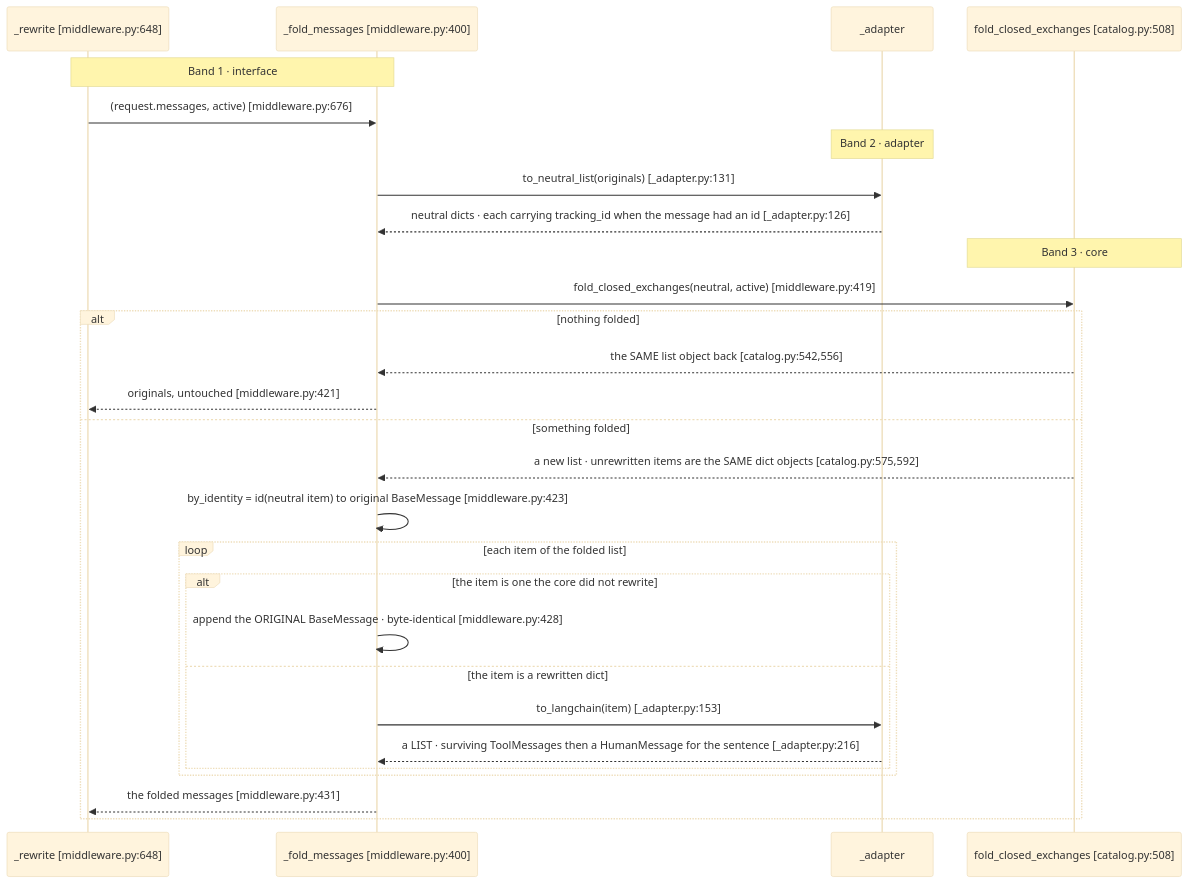
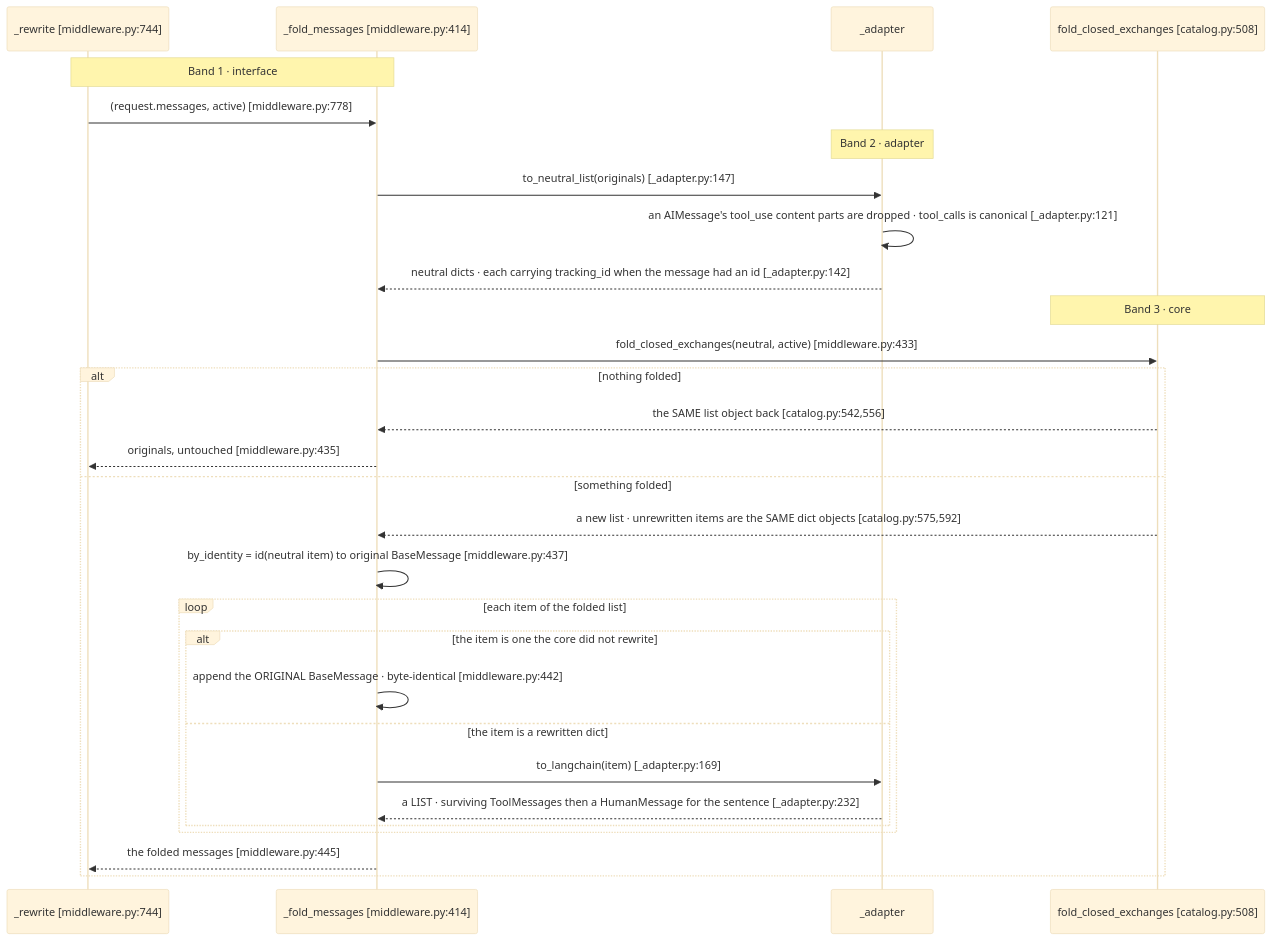
Before and after one commit to aws-samples/sample-context-engineering: the second of 7 diagrams in docs/design/sequence/langgraph/sequence-b-disclosure.md, drawn with Mermaid (base theme). The commit also changed other lines of this file and 8 other files, not shown here.

````diff
--- a/docs/design/sequence/langgraph/sequence-b-disclosure.md
+++ b/docs/design/sequence/langgraph/sequence-b-disclosure.md
@@ -302,31 +341,32 @@
 ```mermaid
 sequenceDiagram
-    participant RW as _rewrite [middleware.py:648]
-    participant FM as _fold_messages [middleware.py:400]
+    participant RW as _rewrite [middleware.py:744]
+    participant FM as _fold_messages [middleware.py:414]
     participant AD as _adapter
     participant Core as fold_closed_exchanges [catalog.py:508]
 
     Note over RW,FM: Band 1 · interface
-    RW->>FM: (request.messages, active) [middleware.py:676]
+    RW->>FM: (request.messages, active) [middleware.py:778]
     Note over AD: Band 2 · adapter
-    FM->>AD: to_neutral_list(originals) [_adapter.py:131]
-    AD-->>FM: neutral dicts · each carrying tracking_id when the message had an id [_adapter.py:126]
+    FM->>AD: to_neutral_list(originals) [_adapter.py:147]
+    AD->>AD: an AIMessage's tool_use content parts are dropped · tool_calls is canonical [_adapter.py:121]
+    AD-->>FM: neutral dicts · each carrying tracking_id when the message had an id [_adapter.py:142]
     Note over Core: Band 3 · core
-    FM->>Core: fold_closed_exchanges(neutral, active) [middleware.py:419]
+    FM->>Core: fold_closed_exchanges(neutral, active) [middleware.py:433]
     alt nothing folded
         Core-->>FM: the SAME list object back [catalog.py:542,556]
-        FM-->>RW: originals, untouched [middleware.py:421]
+        FM-->>RW: originals, untouched [middleware.py:435]
     else something folded
         Core-->>FM: a new list · unrewritten items are the SAME dict objects [catalog.py:575,592]
-        FM->>FM: by_identity = id(neutral item) to original BaseMessage [middleware.py:423]
+        FM->>FM: by_identity = id(neutral item) to original BaseMessage [middleware.py:437]
         loop each item of the folded list
             alt the item is one the core did not rewrite
-                FM->>FM: append the ORIGINAL BaseMessage · byte-identical [middleware.py:428]
+                FM->>FM: append the ORIGINAL BaseMessage · byte-identical [middleware.py:442]
             else the item is a rewritten dict
-                FM->>AD: to_langchain(item) [_adapter.py:153]
-                AD-->>FM: a LIST · surviving ToolMessages then a HumanMessage for the sentence [_adapter.py:216]
+                FM->>AD: to_langchain(item) [_adapter.py:169]
+                AD-->>FM: a LIST · surviving ToolMessages then a HumanMessage for the sentence [_adapter.py:232]
             end
         end
-        FM-->>RW: the folded messages [middleware.py:431]
+        FM-->>RW: the folded messages [middleware.py:445]
     end
 ```
````
